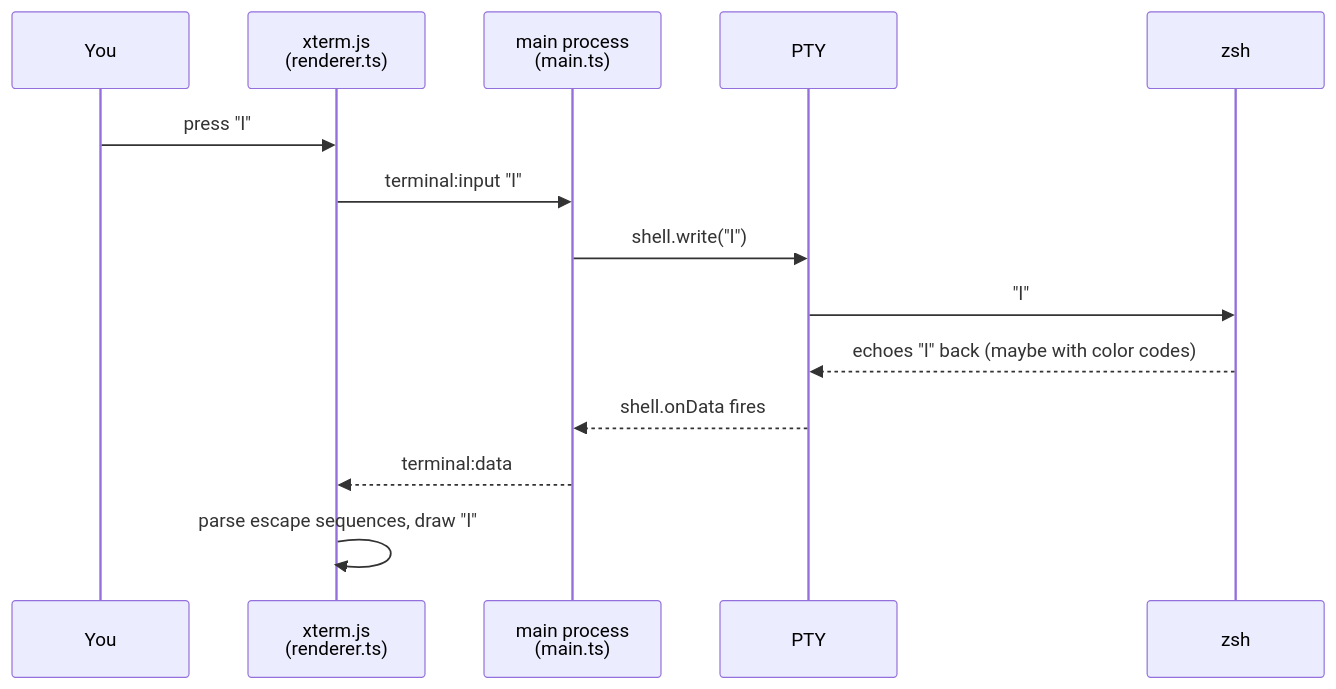
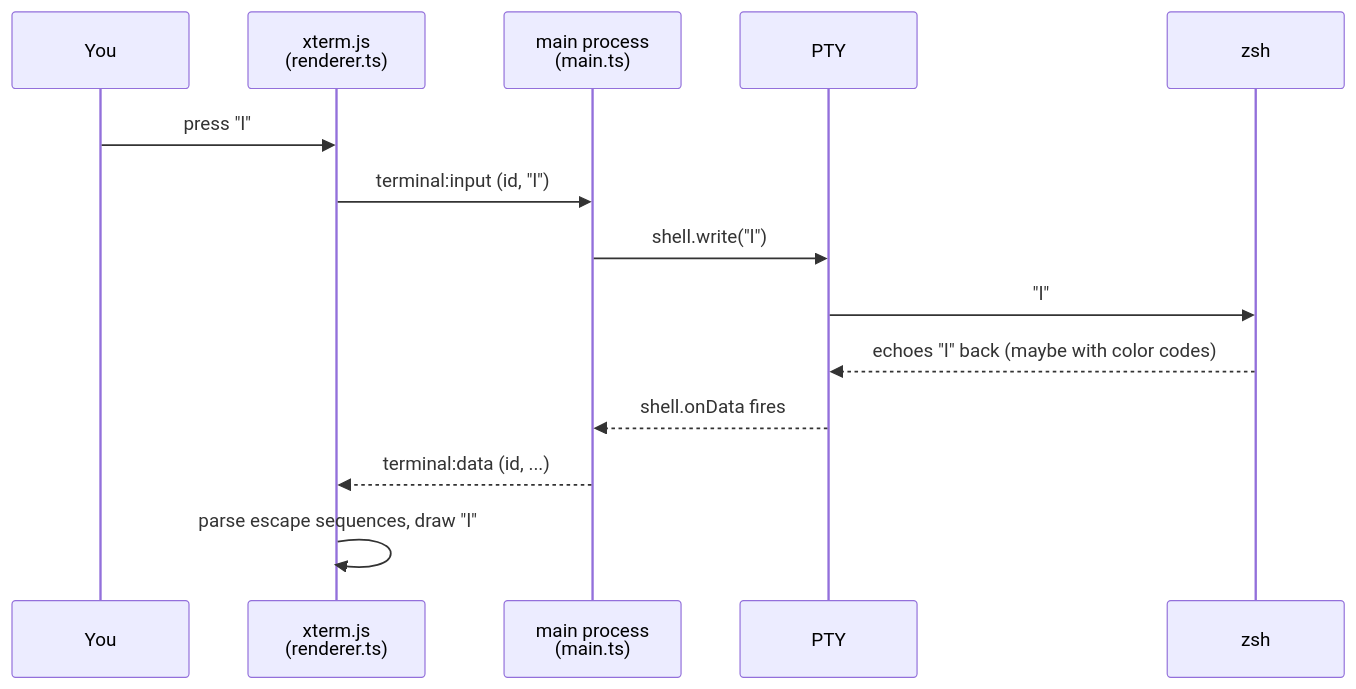
Before and after one commit to luis-herasme/editor: the second of 2 diagrams in README.md, drawn with Mermaid. The commit also changed other lines of this file and 10 other files, not shown here.

````diff
--- a/README.md
+++ b/README.md
@@ -44,17 +51,17 @@
 ```mermaid
 sequenceDiagram
     participant You
     participant X as xterm.js<br/>(renderer.ts)
     participant M as main process<br/>(main.ts)
     participant P as PTY
     participant Z as zsh
 
     You->>X: press "l"
-    X->>M: terminal:input "l"
+    X->>M: terminal:input (id, "l")
     M->>P: shell.write("l")
     P->>Z: "l"
     Z-->>P: echoes "l" back (maybe with color codes)
     P-->>M: shell.onData fires
-    M-->>X: terminal:data
+    M-->>X: terminal:data (id, ...)
     X->>X: parse escape sequences, draw "l"
 ```
````
